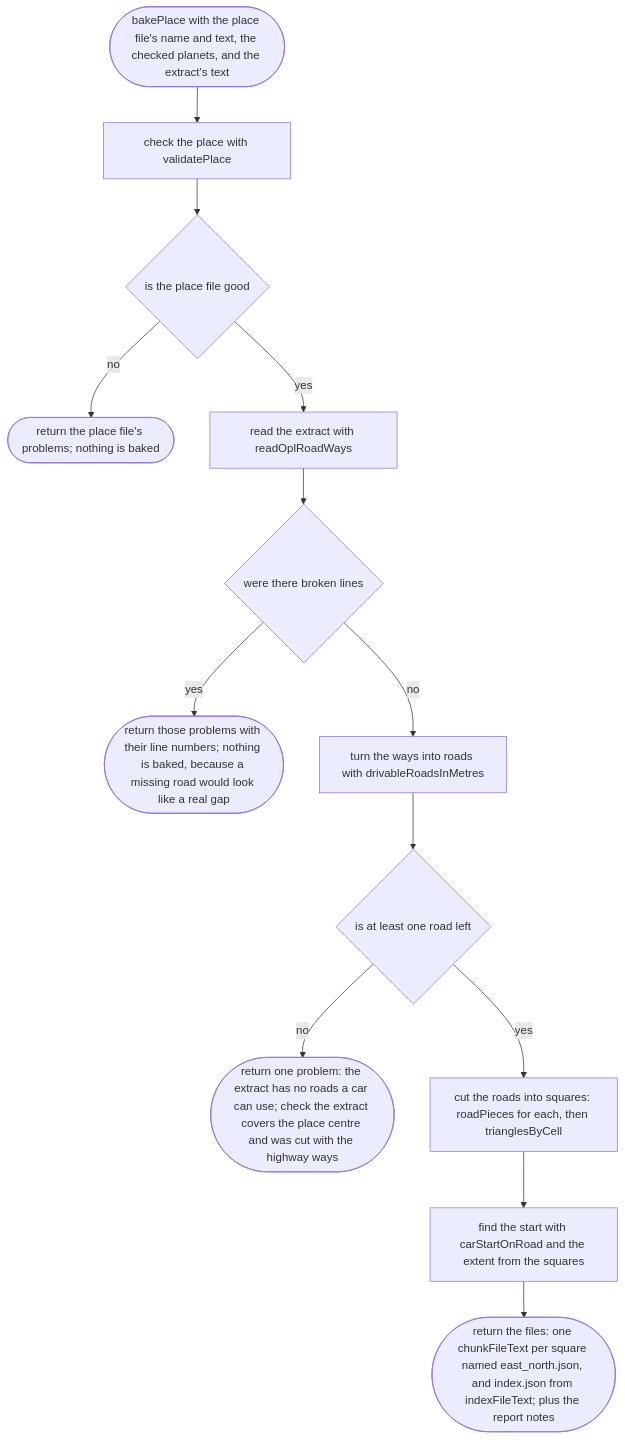
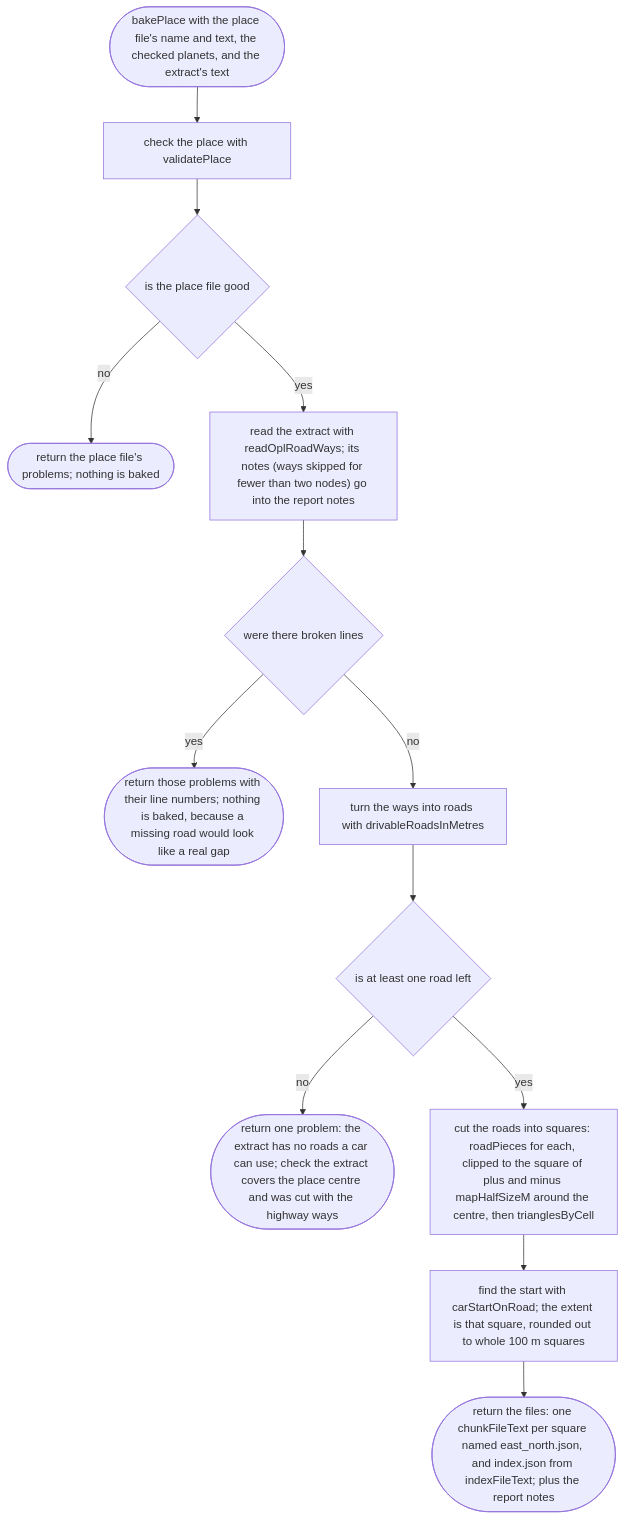
The first of 2 diagrams in docs/designs/tools/bake/bake.md (NewDara-Star/world-engine), drawn with Mermaid before and after one commit. The commit also changed other lines of this file and 41 other files, not shown here.

````diff
--- a/docs/designs/tools/bake/bake.md
+++ b/docs/designs/tools/bake/bake.md
@@ -14,23 +14,23 @@
 ```mermaid
 flowchart TD
   s(["bakePlace with the place file's name and text, the checked planets, and the extract's text"])
   a["check the place with validatePlace"]
   b{"is the place file good"}
   c(["return the place file's problems; nothing is baked"])
-  d["read the extract with readOplRoadWays"]
+  d["read the extract with readOplRoadWays; its notes (ways skipped for fewer than two nodes) go into the report notes"]
   e{"were there broken lines"}
   f(["return those problems with their line numbers; nothing is baked, because a missing road would look like a real gap"])
   g["turn the ways into roads with drivableRoadsInMetres"]
   h{"is at least one road left"}
   i(["return one problem: the extract has no roads a car can use; check the extract covers the place centre and was cut with the highway ways"])
-  j["cut the roads into squares: roadPieces for each, then trianglesByCell"]
-  k["find the start with carStartOnRoad and the extent from the squares"]
+  j["cut the roads into squares: roadPieces for each, clipped to the square of plus and minus mapHalfSizeM around the centre, then trianglesByCell"]
+  k["find the start with carStartOnRoad; the extent is that square, rounded out to whole 100 m squares"]
   l(["return the files: one chunkFileText per square named east_north.json, and index.json from indexFileText; plus the report notes"])
   s --> a --> b
   b -->|"no"| c
   b -->|"yes"| d --> e
   e -->|"yes"| f
   e -->|"no"| g --> h
   h -->|"no"| i
   h -->|"yes"| j --> k --> l
 ```
````
